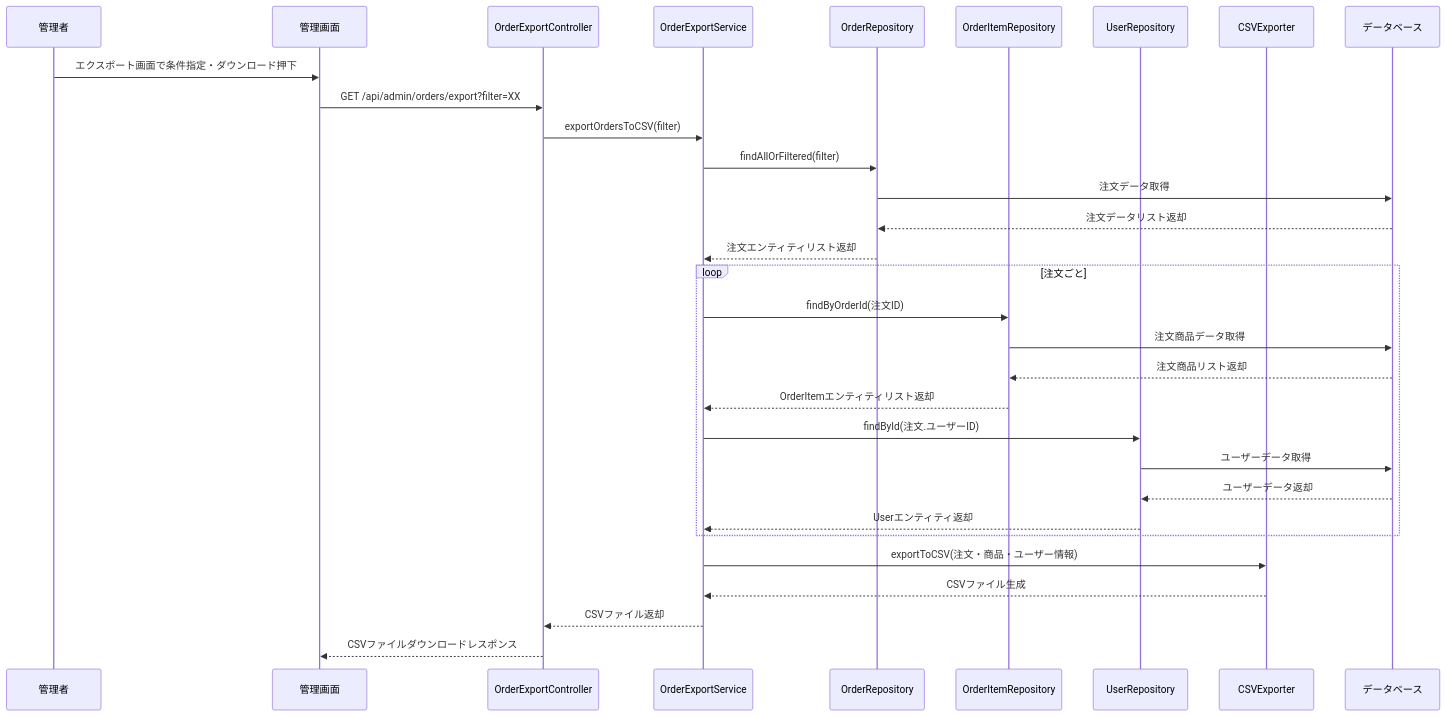
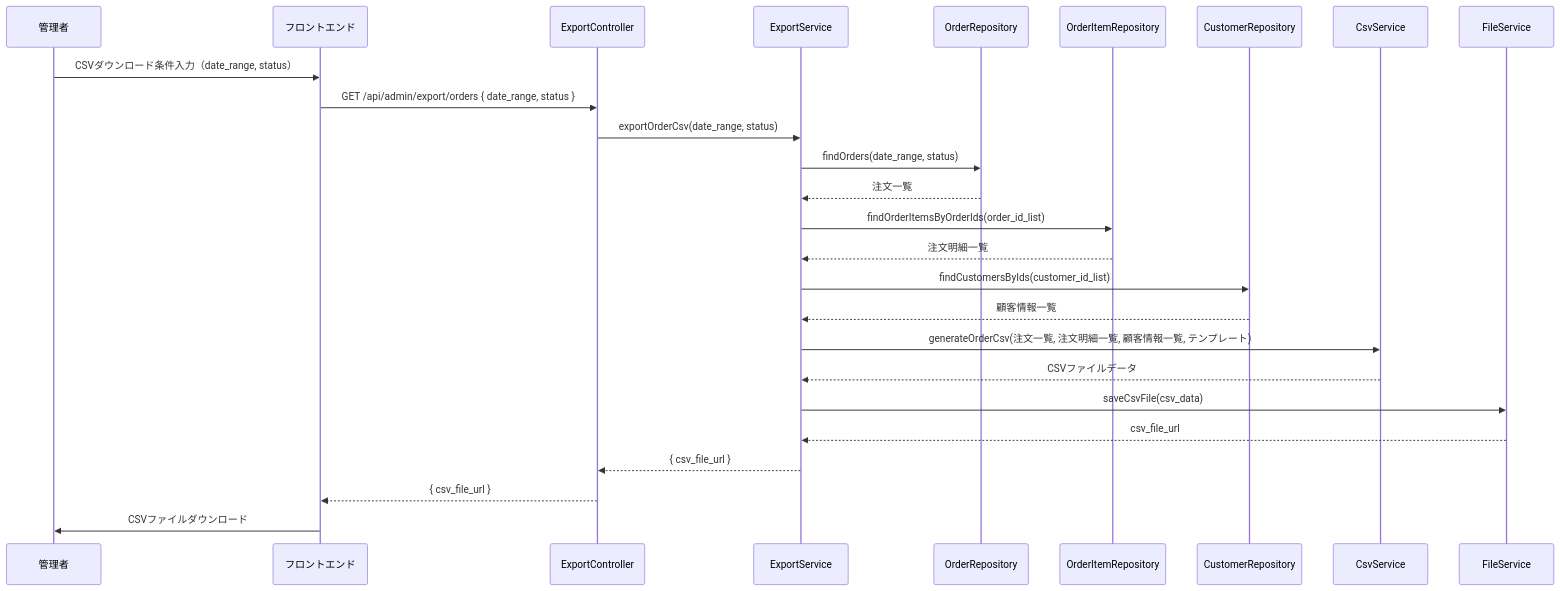
Before and after one commit to Aoi-Yaegashi/teamF: diagram 31 of 39 in 詳細設計/担当B_村田/3.2 機能詳細.md, drawn with Mermaid. The commit also changed other lines of this file and 1 other file, not shown here.

```diff
--- a/詳細設計/担当B_村田/3.2 機能詳細.md
+++ b/詳細設計/担当B_村田/3.2 機能詳細.md
@@ -1084,37 +1212,50 @@
    <div class="mermaid">
    sequenceDiagram
-    participant AdminUser as 管理者
-    participant AdminBrowser as 管理画面
-    participant OrderExportController as OrderExportController
-    participant OrderExportService as OrderExportService
+    participant Admin as 管理者
+    participant FE as フロントエンド
+    participant ExportC as ExportController
+    participant ExportS as ExportService
     participant OrderRepo as OrderRepository
     participant OrderItemRepo as OrderItemRepository
-    participant UserRepo as UserRepository
-    participant CSVExporter as CSVExporter
-    participant DB as データベース
+    participant CustomerRepo as CustomerRepository
+    participant CsvS as CsvService
+    participant FileS as FileService
 
-    AdminUser->>AdminBrowser: エクスポート画面で条件指定・ダウンロード押下
-    AdminBrowser->>OrderExportController: GET /api/admin/orders/export?filter=XX
-    OrderExportController->>OrderExportService: exportOrdersToCSV(filter)
-    OrderExportService->>OrderRepo: findAllOrFiltered(filter)
-    OrderRepo->>DB: 注文データ取得
-    DB-->>OrderRepo: 注文データリスト返却
-    OrderRepo-->>OrderExportService: 注文エンティティリスト返却
+    %% 1. 管理者がCSVダウンロード画面で条件を指定
+    Admin->>FE: CSVダウンロード条件入力（date_range, status）
 
-    loop 注文ごと
-        OrderExportService->>OrderItemRepo: findByOrderId(注文ID)
-        OrderItemRepo->>DB: 注文商品データ取得
-        DB-->>OrderItemRepo: 注文商品リスト返却
-        OrderItemRepo-->>OrderExportService: OrderItemエンティティリスト返却
+    %% 2. フロントエンドがAPI呼び出し
+    FE->>ExportC: GET /api/admin/export/orders { date_range, status }
 
-        OrderExportService->>UserRepo: findById(注文.ユーザーID)
-        UserRepo->>DB: ユーザーデータ取得
-        DB-->>UserRepo: ユーザーデータ返却
-        UserRepo-->>OrderExportService: Userエンティティ返却
-    end
+    %% 3. コントローラがサービスに処理を依頼
+    ExportC->>ExportS: exportOrderCsv(date_range, status)
 
-    OrderExportService->>CSVExporter: exportToCSV(注文・商品・ユーザー情報)
-    CSVExporter-->>OrderExportService: CSVファイル生成
-    OrderExportService-->>OrderExportController: CSVファイル返却
-    OrderExportController-->>AdminBrowser: CSVファイルダウンロードレスポンス
+    %% 4. サービスが注文データを検索・抽出
+    ExportS->>OrderRepo: findOrders(date_range, status)
+    OrderRepo-->>ExportS: 注文一覧
+
+    %% 5. サービスが注文明細データを取得
+    ExportS->>OrderItemRepo: findOrderItemsByOrderIds(order_id_list)
+    OrderItemRepo-->>ExportS: 注文明細一覧
+
+    %% 6. サービスが顧客データを取得
+    ExportS->>CustomerRepo: findCustomersByIds(customer_id_list)
+    CustomerRepo-->>ExportS: 顧客情報一覧
+
+    %% 7. サービスがCSVデータを生成
+    ExportS->>CsvS: generateOrderCsv(注文一覧, 注文明細一覧, 顧客情報一覧, テンプレート)
+    CsvS-->>ExportS: CSVファイルデータ
+
+    %% 8. サービスがファイルサーバにCSVを保存しURL生成
+    ExportS->>FileS: saveCsvFile(csv_data)
+    FileS-->>ExportS: csv_file_url
+
+    %% 9. サービスがコントローラに返却
+    ExportS-->>ExportC: { csv_file_url }
+
+    %% 10. コントローラがフロントエンドに返却
+    ExportC-->>FE: { csv_file_url }
+
+    %% 11. フロントエンドがダウンロード処理を実行
+    FE->>Admin: CSVファイルダウンロード
 </div>
```
